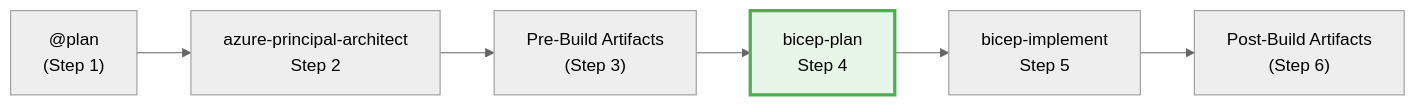
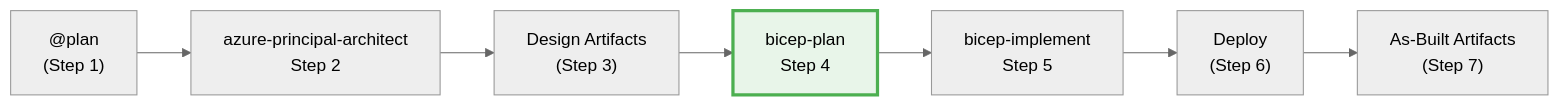
Before and after one commit to SmitaCnovate/azure-agentic-infraops: the diagram in .github/agents/bicep-plan.agent.md, drawn with Mermaid. The commit also changed other lines of this file and 21 other files, not shown here.

````diff
--- a/.github/agents/bicep-plan.agent.md
+++ b/.github/agents/bicep-plan.agent.md
@@ -491,10 +491,11 @@
 ```mermaid
 %%{init: {'theme':'neutral'}}%%
 graph LR
     P["@plan<br/>(Step 1)"] --> A[azure-principal-architect<br/>Step 2]
-    A --> D["Pre-Build Artifacts<br/>(Step 3)"]
+    A --> D["Design Artifacts<br/>(Step 3)"]
     D --> B[bicep-plan<br/>Step 4]
     B --> I[bicep-implement<br/>Step 5]
-    I --> F["Post-Build Artifacts<br/>(Step 6)"]
+    I --> DEP["Deploy<br/>(Step 6)"]
+    DEP --> F["As-Built Artifacts<br/>(Step 7)"]
     style B fill:#e8f5e9,stroke:#4caf50,stroke-width:3px
 ```
````
